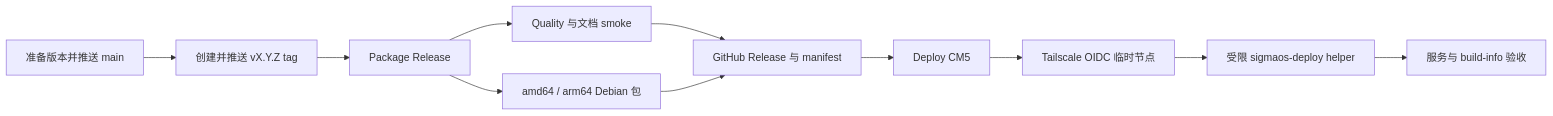
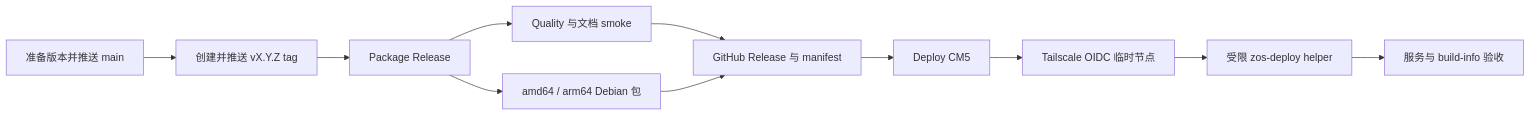
Before and after one commit to zhubby/CyberOS: the diagram in docs/src/content/docs/operations/github-actions-release.md, drawn with Mermaid. The commit also changed other lines of this file and 471 other files, not shown here.

````diff
--- a/docs/src/content/docs/operations/github-actions-release.md
+++ b/docs/src/content/docs/operations/github-actions-release.md
@@ -14,13 +14,13 @@
 ```mermaid
 flowchart LR
   A[准备版本并推送 main] --> B[创建并推送 vX.Y.Z tag]
   B --> C[Package Release]
   C --> D[Quality 与文档 smoke]
   C --> E[amd64 / arm64 Debian 包]
   D --> F[GitHub Release 与 manifest]
   E --> F
   F --> G[Deploy CM5]
   G --> H[Tailscale OIDC 临时节点]
-  H --> I[受限 sigmaos-deploy helper]
+  H --> I[受限 zos-deploy helper]
   I --> J[服务与 build-info 验收]
 ```
````
